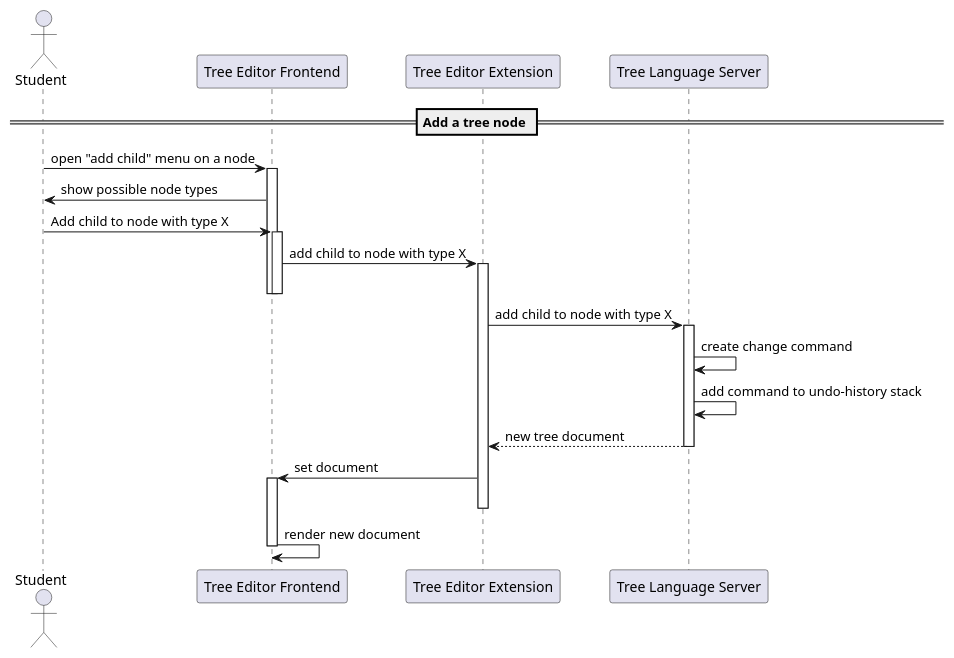
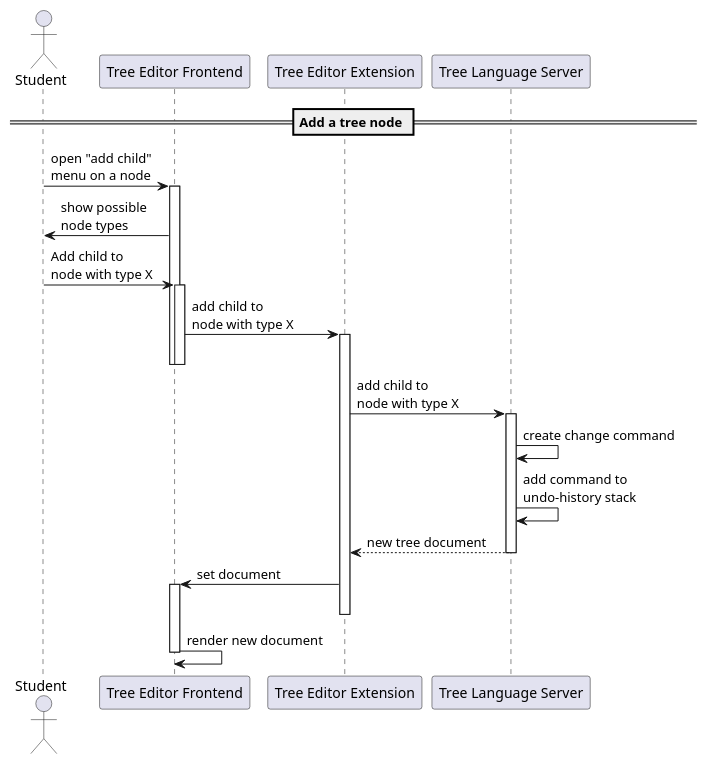
Before and after one commit to krissrex/tdt4900-master-thesis-cloud-modeling-latex: the fourth of 4 diagrams in figures/protocol.sequence.puml, drawn with PlantUML. The commit also changed other lines of this file and 2 other files, not shown here.

```diff
--- a/figures/protocol.sequence.puml
+++ b/figures/protocol.sequence.puml
@@ -104,25 +104,25 @@
 @startuml Protocol_changetree_sequence
 
 actor Student
 participant "Tree Editor Frontend" as frontend
 participant "Tree Editor Extension" as ext
 participant "Tree Language Server" as server
 
 == Add a tree node ==
 
-Student -> frontend ++ : open "add child" menu on a node
-frontend -> Student : show possible node types
-Student -> frontend ++: Add child to node with type X
-frontend -> ext ++: add child to node with type X
+Student -> frontend ++ : open "add child"\nmenu on a node
+frontend -> Student : show possible\nnode types
+Student -> frontend ++: Add child to\nnode with type X
+frontend -> ext ++: add child to\nnode with type X
 deactivate frontend
 deactivate frontend
-ext -> server ++ : add child to node with type X
+ext -> server ++ : add child to\nnode with type X
 server -> server : create change command
-server -> server : add command to undo-history stack
+server -> server : add command to\nundo-history stack
 return new tree document
 ext -> frontend ++ : set document
 deactivate ext
 frontend -> frontend : render new document
 deactivate frontend
 
 @enduml
```
